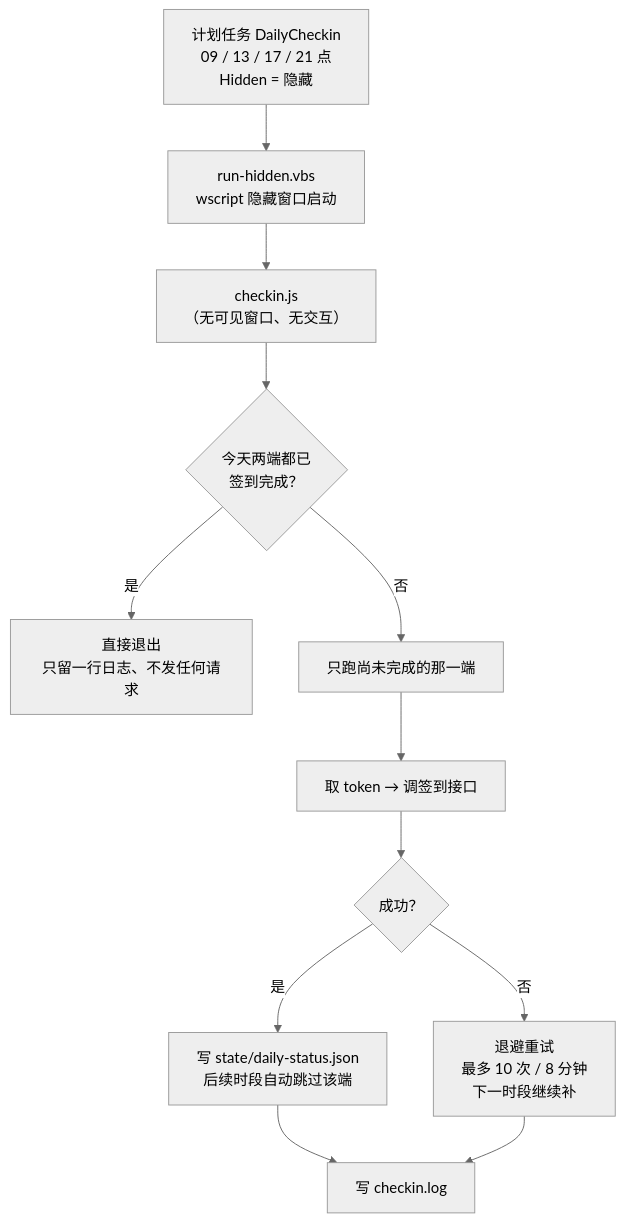
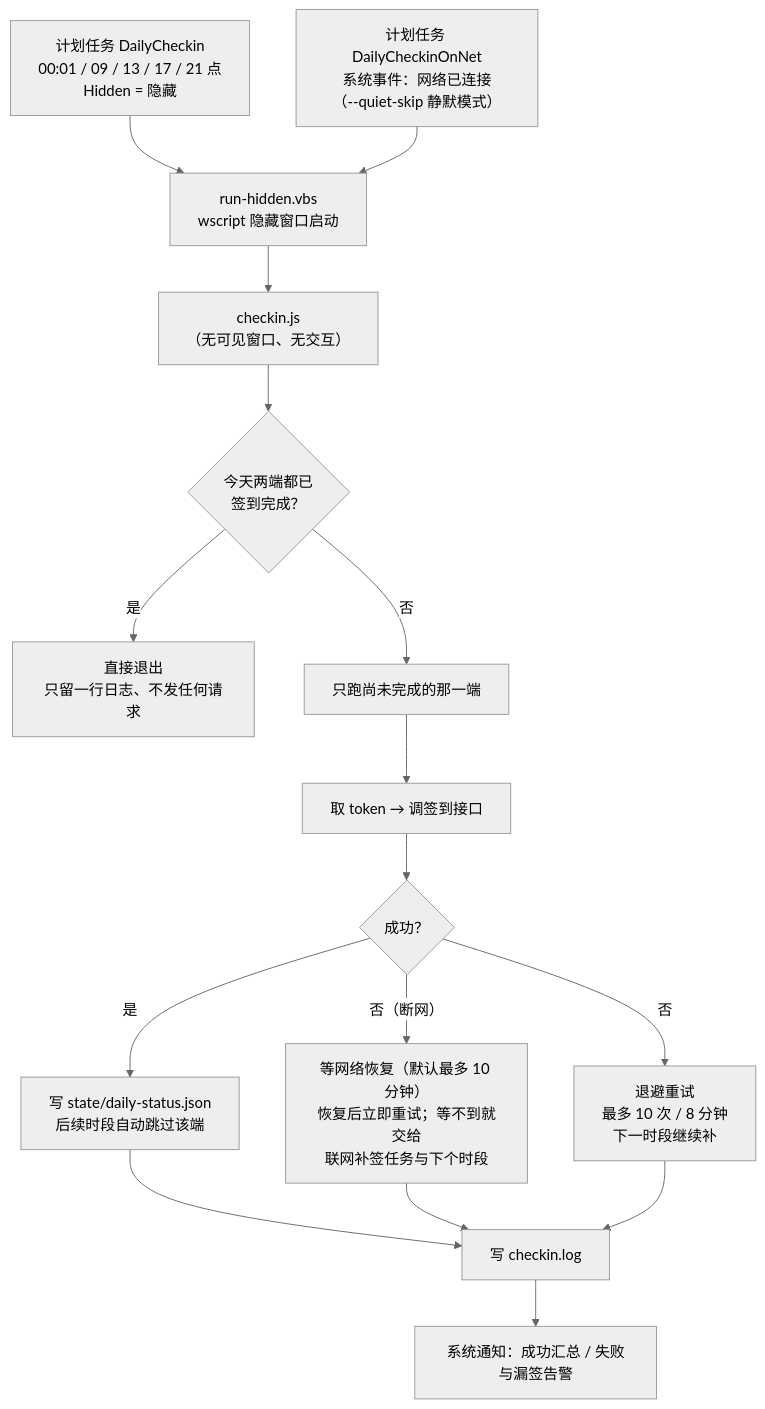
The diagram in README.md (xinshang777/auto-checkin), drawn with Mermaid (neutral theme) before and after one commit. The commit also changed other lines of this file and 20 other files, not shown here.

````diff
--- a/README.md
+++ b/README.md
@@ -181,14 +182,18 @@
 ```mermaid
 flowchart TD
-    A["计划任务 DailyCheckin<br/>09 / 13 / 17 / 21 点<br/>Hidden = 隐藏"] --> B["run-hidden.vbs<br/>wscript 隐藏窗口启动"]
+    A["计划任务 DailyCheckin<br/>00:01 / 09 / 13 / 17 / 21 点<br/>Hidden = 隐藏"] --> B["run-hidden.vbs<br/>wscript 隐藏窗口启动"]
+    N["计划任务 DailyCheckinOnNet<br/>系统事件：网络已连接<br/>（--quiet-skip 静默模式）"] --> B
     B --> C["checkin.js<br/>（无可见窗口、无交互）"]
     C --> D{"今天两端都已<br/>签到完成？"}
     D -->|"是"| E["直接退出<br/>只留一行日志、不发任何请求"]
     D -->|"否"| F["只跑尚未完成的那一端"]
     F --> G["取 token → 调签到接口"]
     G --> H{"成功？"}
     H -->|"是"| I["写 state/daily-status.json<br/>后续时段自动跳过该端"]
+    H -->|"否（断网）"| W["等网络恢复（默认最多 10 分钟）<br/>恢复后立即重试；等不到就交给<br/>联网补签任务与下个时段"]
     H -->|"否"| J["退避重试<br/>最多 10 次 / 8 分钟<br/>下一时段继续补"]
     I --> K["写 checkin.log"]
+    W --> K
     J --> K
+    K --> T["系统通知：成功汇总 / 失败与漏签告警"]
 ```
````
